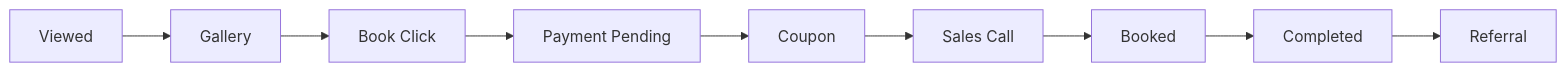
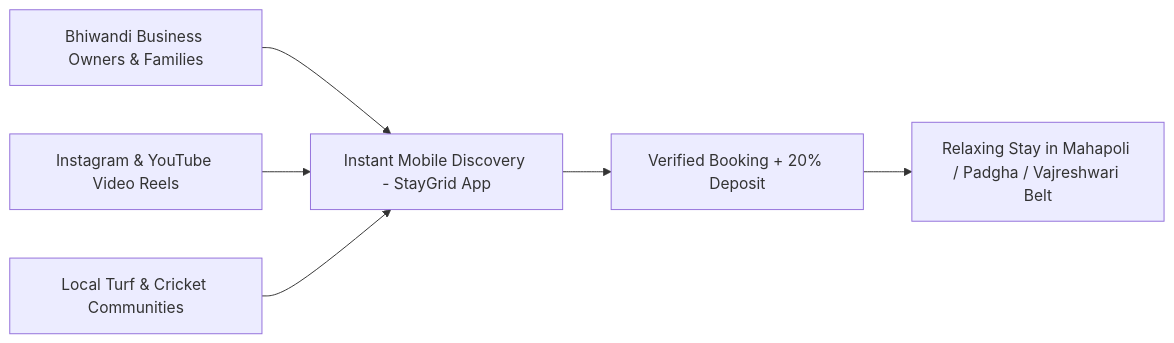
The fourth of 6 diagrams in documentations/StayGrid_Master_PRD.md (Samyy-Momin/staygrid), drawn with Mermaid before and after one commit. The commit also changed other lines of this file and 96 other files, not shown here.

````diff
--- a/documentations/StayGrid_Master_PRD.md
+++ b/documentations/StayGrid_Master_PRD.md
@@ -191,11 +364,8 @@
 ```mermaid
-flowchart LR
-A[Viewed]-->B[Gallery]
-B-->C[Book Click]
-C-->D[Payment Pending]
-D-->E[Coupon]
-E-->F[Sales Call]
-F-->G[Booked]
-G-->H[Completed]
-H-->I[Referral]
+graph LR
+    A[Bhiwandi Business Owners & Families] --> B[Instant Mobile Discovery - StayGrid App]
+    C[Instagram & YouTube Video Reels] --> B
+    D[Local Turf & Cricket Communities] --> B
+    B --> E[Verified Booking + 20% Deposit]
+    E --> F[Relaxing Stay in Mahapoli / Padgha / Vajreshwari Belt]
 ```
````
